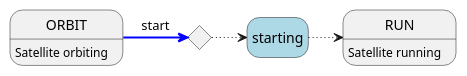
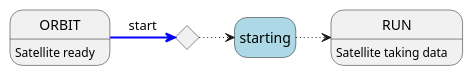
The second of 2 diagrams in docs/operator_guide/concepts/autonomy.md (constellation-daq/Constellation), drawn with PlantUML before and after one commit. The commit also changed 2 other files, not shown here.

Commit message:
docs: ORBIT description satellite powered -> satellite ready

````diff
--- a/docs/operator_guide/concepts/autonomy.md
+++ b/docs/operator_guide/concepts/autonomy.md
@@ -122,14 +122,14 @@
 ```plantuml
 @startuml
 hide empty description
 
-State ORBIT : Satellite orbiting
+State ORBIT : Satellite ready
 State condition <<choice>>
 State starting #lightblue
-State RUN : Satellite running
+State RUN : Satellite taking data
 
 ORBIT -[#blue,bold]right-> condition : start
 condition -[dotted]right-> starting
 starting -[dotted]right-> RUN
 @enduml
 ```
````
